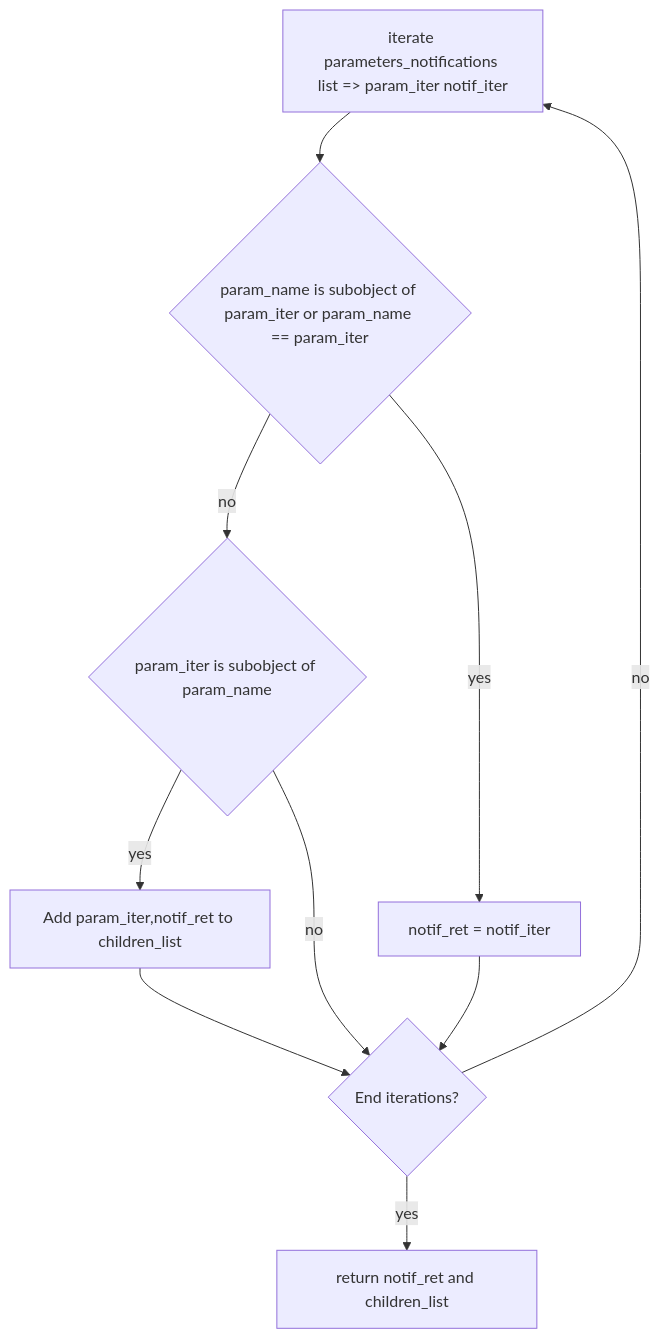
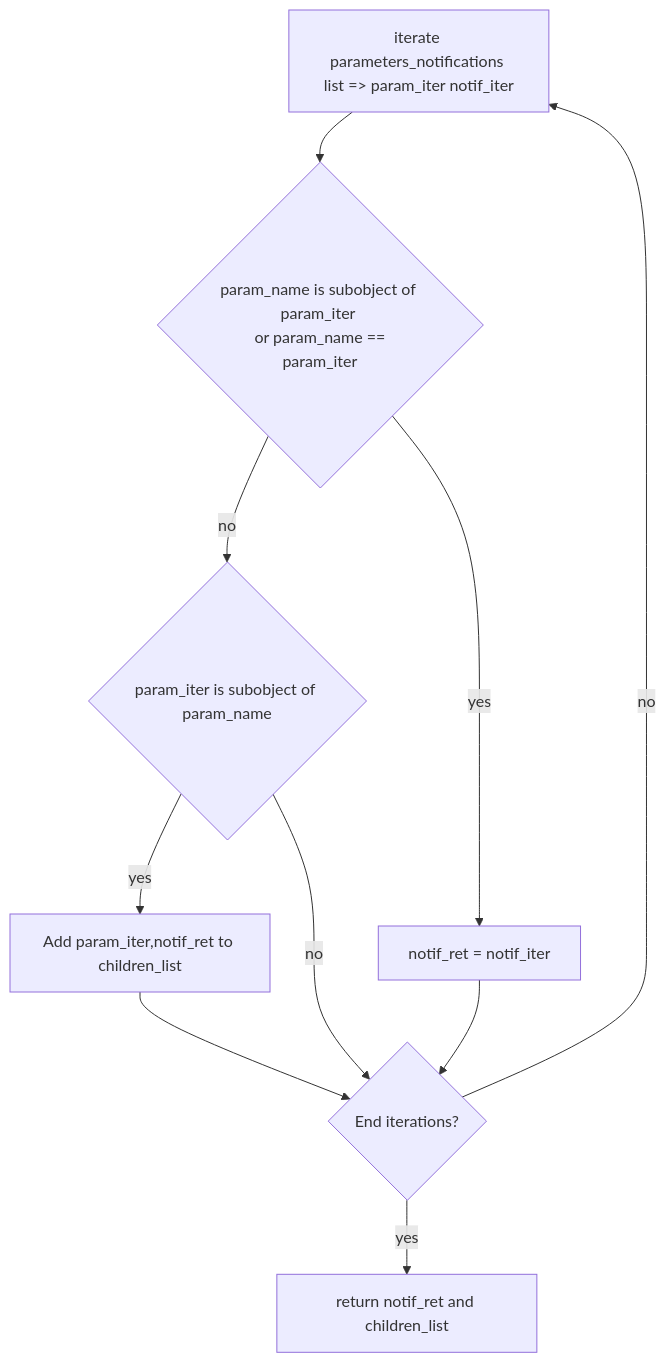
Before and after one commit to gebruno/icwmp: the fourth of 5 diagrams in docs/design/notifications.md, drawn with Mermaid. The commit also changed other lines of this file and 8 other files, not shown here.

````diff
--- a/docs/design/notifications.md
+++ b/docs/design/notifications.md
@@ -85,12 +85,12 @@
  ```mermaid
 flowchart TD
-    A[iterate parameters_notifications list => param_iter notif_iter] --> B{param_name is subobject of param_iter or param_name == param_iter}
+    A[iterate parameters_notifications list => param_iter notif_iter] --> B{param_name is subobject of param_iter <br> or param_name == param_iter}
     B -- no --> C{param_iter is subobject of param_name}
     B -- yes --> D[notif_ret = notif_iter]
     C -- yes --> E[Add param_iter,notif_ret to children_list]
     E --> F{End iterations?}
     C -- no --> F
     D --> F
     F -- yes --> G[return notif_ret and children_list]
     F -- no --> A
 ```
````
